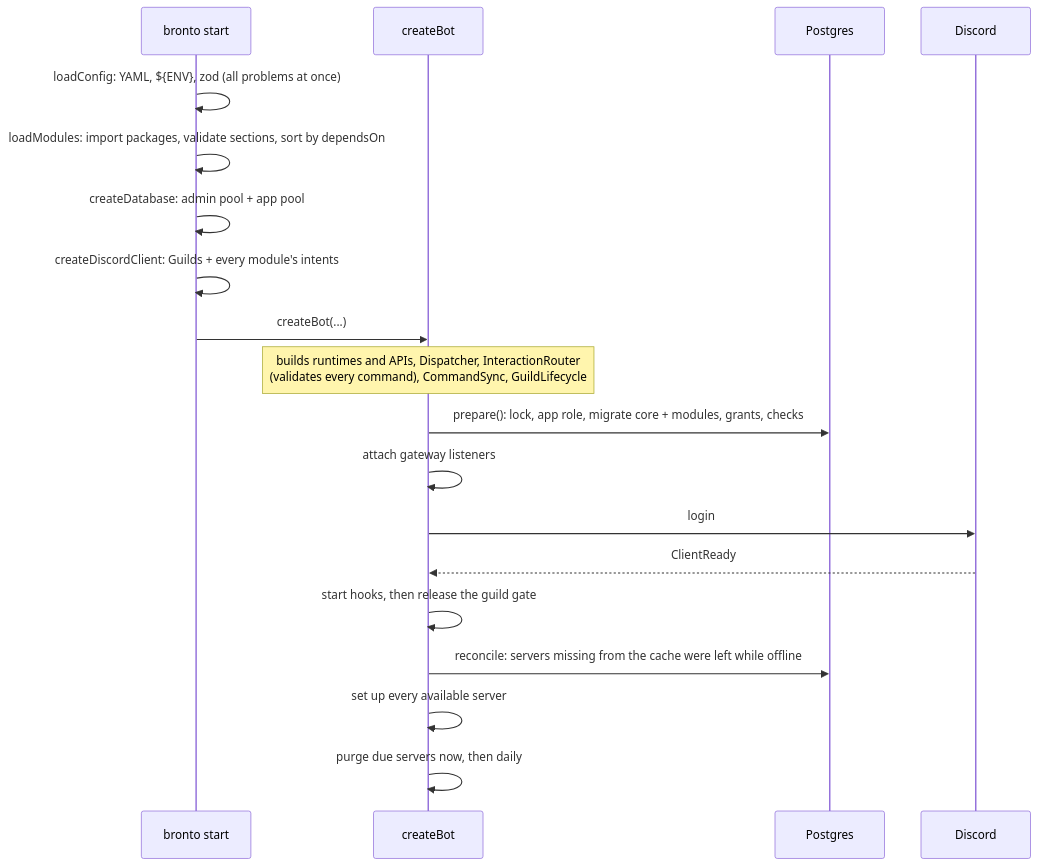
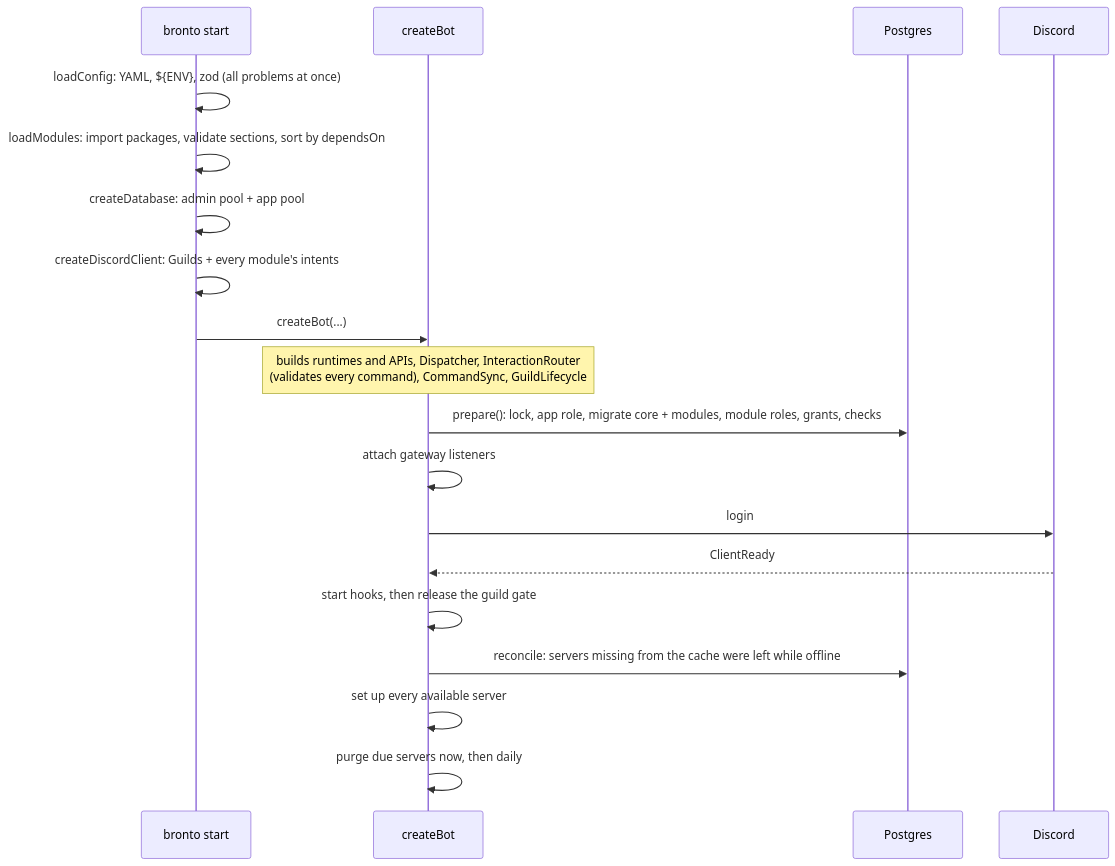
One commit to DD-Discord/bronto changed the first of 4 diagrams in docs/developer-guide.md. Above: the diagram before and after it, drawn with Mermaid. The commit also changed other lines of this file and 28 other files, not shown here.

First line of the commit message:
Run each module's database work as its own Postgres role

````diff
--- a/docs/developer-guide.md
+++ b/docs/developer-guide.md
@@ -860,21 +867,21 @@
 ```mermaid
 sequenceDiagram
     participant CLI as bronto start
     participant Core as createBot
     participant DB as Postgres
     participant DC as Discord
     CLI->>CLI: loadConfig: YAML, ${ENV}, zod (all problems at once)
     CLI->>CLI: loadModules: import packages, validate sections, sort by dependsOn
     CLI->>CLI: createDatabase: admin pool + app pool
     CLI->>CLI: createDiscordClient: Guilds + every module's intents
     CLI->>Core: createBot(...)
     Note over Core: builds runtimes and APIs, Dispatcher, InteractionRouter<br/>(validates every command), CommandSync, GuildLifecycle
-    Core->>DB: prepare(): lock, app role, migrate core + modules, grants, checks
+    Core->>DB: prepare(): lock, app role, migrate core + modules, module roles, grants, checks
     Core->>Core: attach gateway listeners
     Core->>DC: login
     DC-->>Core: ClientReady
     Core->>Core: start hooks, then release the guild gate
     Core->>DB: reconcile: servers missing from the cache were left while offline
     Core->>Core: set up every available server
     Core->>Core: purge due servers now, then daily
 ```
````
